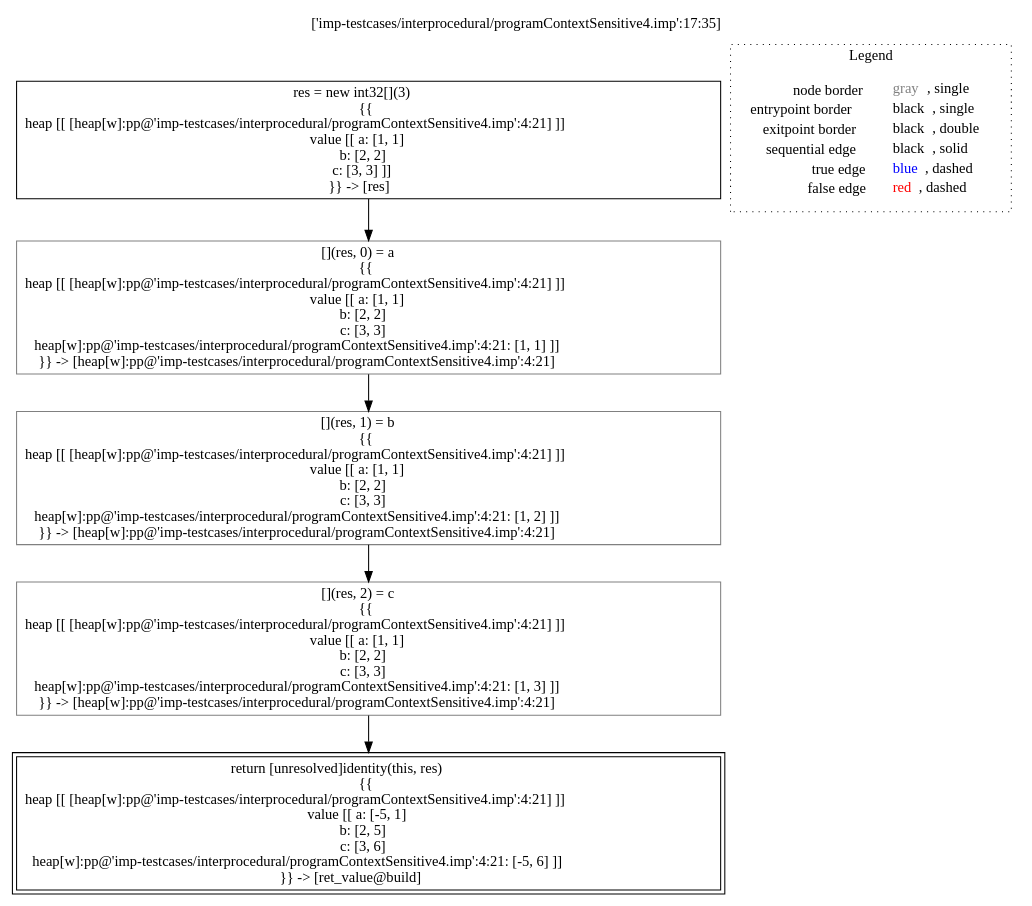
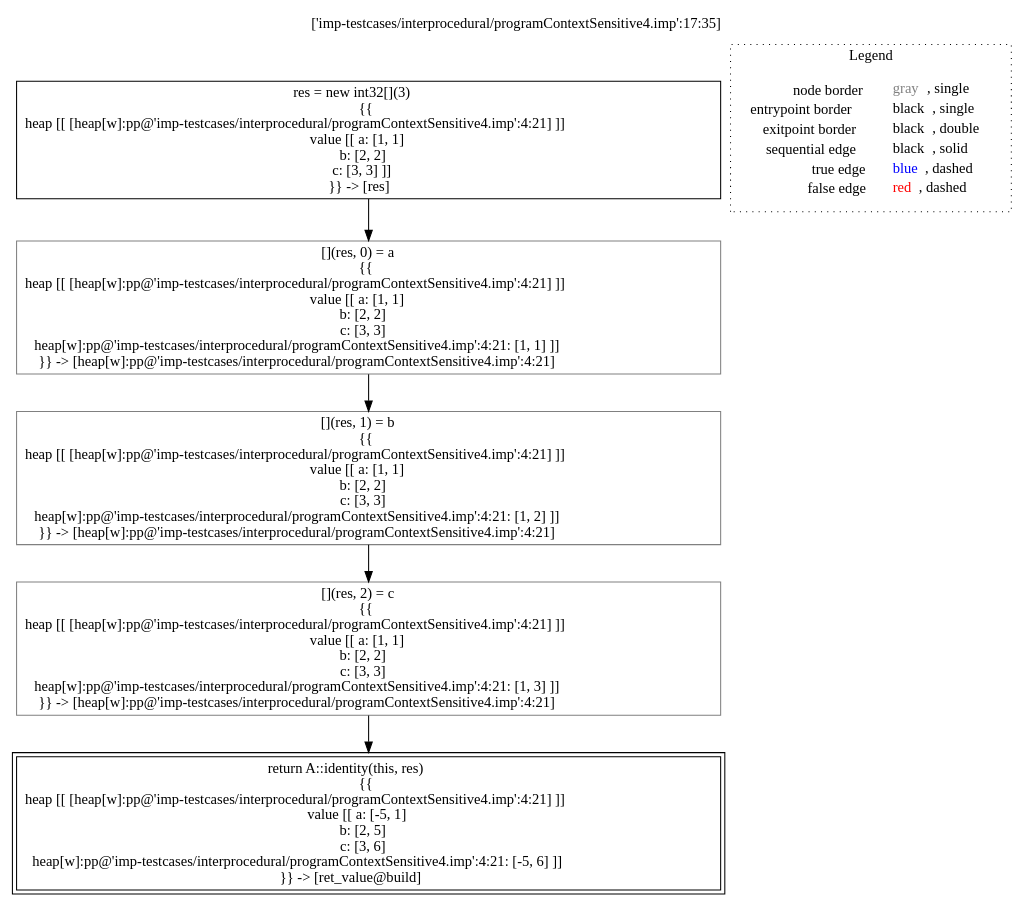
The diagram in lisa/lisa-core/imp-testcases/interprocedural/RTAContextSensitive5/analysis___-2042609950_untyped_A.build(A_this,_untyped_a,_untyped_b,_untyped_c).dot (lisa-analyzer/lisa), drawn with Graphviz before and after one commit. The commit also changed 42 other files, not shown here.

```diff
--- a/lisa/lisa-core/imp-testcases/interprocedural/RTAContextSensitive5/analysis___-2042609950_untyped_A.build(A_this,_untyped_a,_untyped_b,_untyped_c).dot
+++ b/lisa/lisa-core/imp-testcases/interprocedural/RTAContextSensitive5/analysis___-2042609950_untyped_A.build(A_this,_untyped_a,_untyped_b,_untyped_c).dot
@@ -1,20 +1,20 @@
 digraph {
 	labelloc="t";
 	label="['imp-testcases/interprocedural/programContextSensitive4.imp':17:35]";
 	"node0" [shape="rect",color="black",label=<res = new int32[](3)<BR/>{{<BR/>heap [[ [heap[w]:pp@'imp-testcases/interprocedural/programContextSensitive4.imp':4:21] ]]<BR/>value [[ a: [1, 1]<BR/>b: [2, 2]<BR/>c: [3, 3] ]]<BR/>}} -&gt; [res]>];
-	"node1" [shape="rect",color="gray",label=<[](res, 2) = c<BR/>{{<BR/>heap [[ [heap[w]:pp@'imp-testcases/interprocedural/programContextSensitive4.imp':4:21] ]]<BR/>value [[ a: [1, 1]<BR/>b: [2, 2]<BR/>c: [3, 3]<BR/>heap[w]:pp@'imp-testcases/interprocedural/programContextSensitive4.imp':4:21: [1, 3] ]]<BR/>}} -&gt; [heap[w]:pp@'imp-testcases/interprocedural/programContextSensitive4.imp':4:21]>];
-	"node2" [shape="rect",color="black",peripheries="2",label=<return [unresolved]identity(this, res)<BR/>{{<BR/>heap [[ [heap[w]:pp@'imp-testcases/interprocedural/programContextSensitive4.imp':4:21] ]]<BR/>value [[ a: [-5, 1]<BR/>b: [2, 5]<BR/>c: [3, 6]<BR/>heap[w]:pp@'imp-testcases/interprocedural/programContextSensitive4.imp':4:21: [-5, 6] ]]<BR/>}} -&gt; [ret_value@build]>];
+	"node1" [shape="rect",color="gray",label=<[](res, 1) = b<BR/>{{<BR/>heap [[ [heap[w]:pp@'imp-testcases/interprocedural/programContextSensitive4.imp':4:21] ]]<BR/>value [[ a: [1, 1]<BR/>b: [2, 2]<BR/>c: [3, 3]<BR/>heap[w]:pp@'imp-testcases/interprocedural/programContextSensitive4.imp':4:21: [1, 2] ]]<BR/>}} -&gt; [heap[w]:pp@'imp-testcases/interprocedural/programContextSensitive4.imp':4:21]>];
+	"node2" [shape="rect",color="black",peripheries="2",label=<return A::identity(this, res)<BR/>{{<BR/>heap [[ [heap[w]:pp@'imp-testcases/interprocedural/programContextSensitive4.imp':4:21] ]]<BR/>value [[ a: [-5, 1]<BR/>b: [2, 5]<BR/>c: [3, 6]<BR/>heap[w]:pp@'imp-testcases/interprocedural/programContextSensitive4.imp':4:21: [-5, 6] ]]<BR/>}} -&gt; [ret_value@build]>];
 	"node3" [shape="rect",color="gray",label=<[](res, 0) = a<BR/>{{<BR/>heap [[ [heap[w]:pp@'imp-testcases/interprocedural/programContextSensitive4.imp':4:21] ]]<BR/>value [[ a: [1, 1]<BR/>b: [2, 2]<BR/>c: [3, 3]<BR/>heap[w]:pp@'imp-testcases/interprocedural/programContextSensitive4.imp':4:21: [1, 1] ]]<BR/>}} -&gt; [heap[w]:pp@'imp-testcases/interprocedural/programContextSensitive4.imp':4:21]>];
-	"node4" [shape="rect",color="gray",label=<[](res, 1) = b<BR/>{{<BR/>heap [[ [heap[w]:pp@'imp-testcases/interprocedural/programContextSensitive4.imp':4:21] ]]<BR/>value [[ a: [1, 1]<BR/>b: [2, 2]<BR/>c: [3, 3]<BR/>heap[w]:pp@'imp-testcases/interprocedural/programContextSensitive4.imp':4:21: [1, 2] ]]<BR/>}} -&gt; [heap[w]:pp@'imp-testcases/interprocedural/programContextSensitive4.imp':4:21]>];
-	"node1" -> "node2" [color="black"];
-	"node3" -> "node4" [color="black"];
-	"node4" -> "node1" [color="black"];
+	"node4" [shape="rect",color="gray",label=<[](res, 2) = c<BR/>{{<BR/>heap [[ [heap[w]:pp@'imp-testcases/interprocedural/programContextSensitive4.imp':4:21] ]]<BR/>value [[ a: [1, 1]<BR/>b: [2, 2]<BR/>c: [3, 3]<BR/>heap[w]:pp@'imp-testcases/interprocedural/programContextSensitive4.imp':4:21: [1, 3] ]]<BR/>}} -&gt; [heap[w]:pp@'imp-testcases/interprocedural/programContextSensitive4.imp':4:21]>];
+	"node1" -> "node4" [color="black"];
 	"node0" -> "node3" [color="black"];
+	"node3" -> "node1" [color="black"];
+	"node4" -> "node2" [color="black"];
 subgraph cluster_legend {
 	label="Legend";
 	style=dotted;
 	node [shape=plaintext];
 	"legend" [label=<<table border="0" cellpadding="2" cellspacing="0" cellborder="0"><tr><td align="right">node border&nbsp;</td><td align="left"><font color="gray">gray</font>, single</td></tr><tr><td align="right">entrypoint border&nbsp;</td><td align="left"><font color="black">black</font>, single</td></tr><tr><td align="right">exitpoint border&nbsp;</td><td align="left"><font color="black">black</font>, double</td></tr><tr><td align="right">sequential edge&nbsp;</td><td align="left"><font color="black">black</font>, solid</td></tr><tr><td align="right">true edge&nbsp;</td><td align="left"><font color="blue">blue</font>, dashed</td></tr><tr><td align="right">false edge&nbsp;</td><td align="left"><font color="red">red</font>, dashed</td></tr></table>>];
 }
 
 }
```
